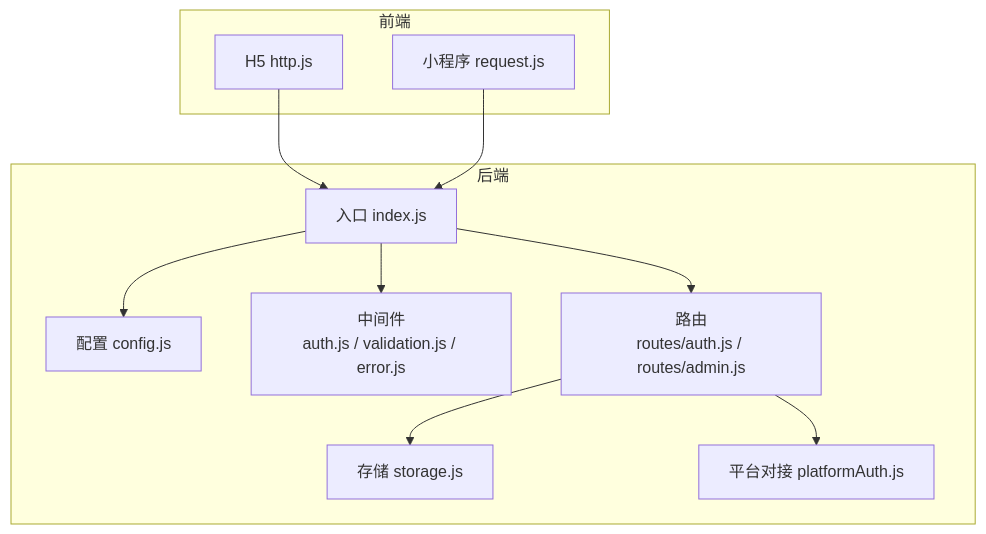
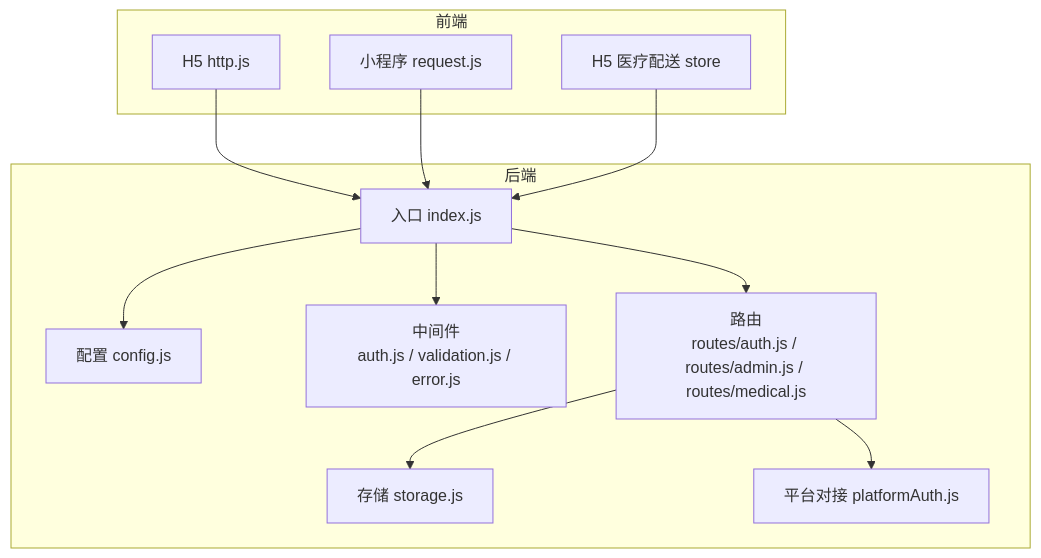
The first of 9 diagrams in .qoder/repowiki/zh/content/后端服务架构/API接口设计/API接口设计.md (Giraffe-Han/microAPP), drawn with Mermaid before and after one commit. The commit also changed other lines of this file and 143 other files, not shown here.

````diff
--- a/.qoder/repowiki/zh/content/后端服务架构/API接口设计/API接口设计.md
+++ b/.qoder/repowiki/zh/content/后端服务架构/API接口设计/API接口设计.md
@@ -40,22 +45,24 @@
 ```mermaid
 graph TB
 subgraph "后端"
 A["入口 index.js"]
 B["配置 config.js"]
 C["中间件<br/>auth.js / validation.js / error.js"]
-D["路由<br/>routes/auth.js / routes/admin.js"]
+D["路由<br/>routes/auth.js / routes/admin.js / routes/medical.js"]
 E["存储 storage.js"]
 F["平台对接 platformAuth.js"]
 end
 subgraph "前端"
 G["H5 http.js"]
 H["小程序 request.js"]
+I["H5 医疗配送 store"]
 end
 G --> A
 H --> A
+I --> A
 A --> B
 A --> C
 A --> D
 D --> E
 D --> F
 ```
````
